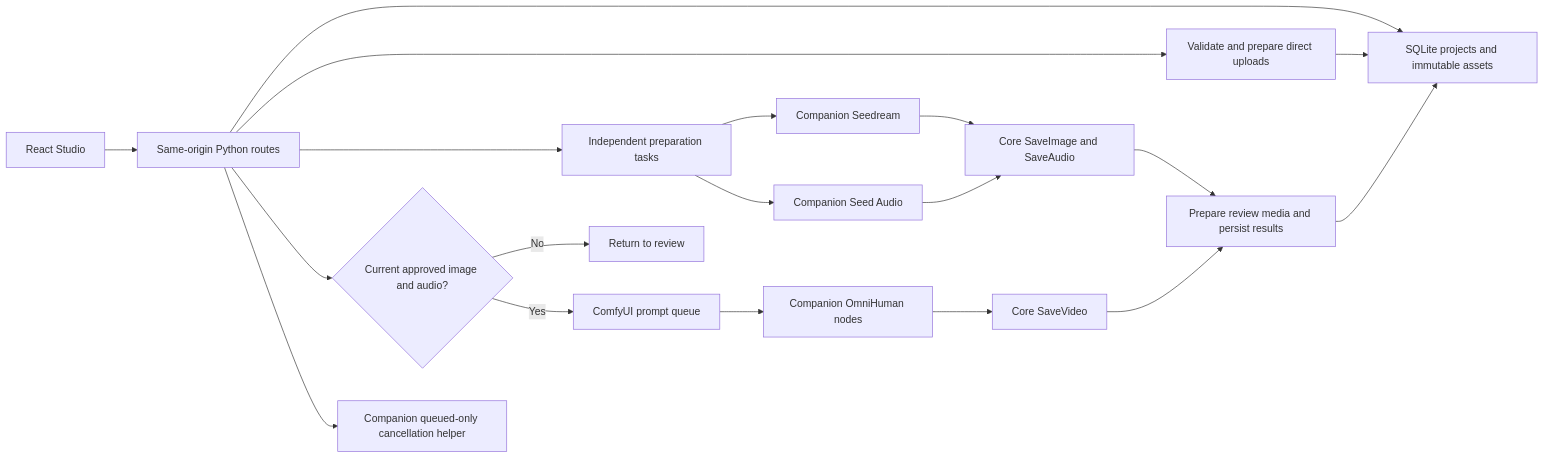
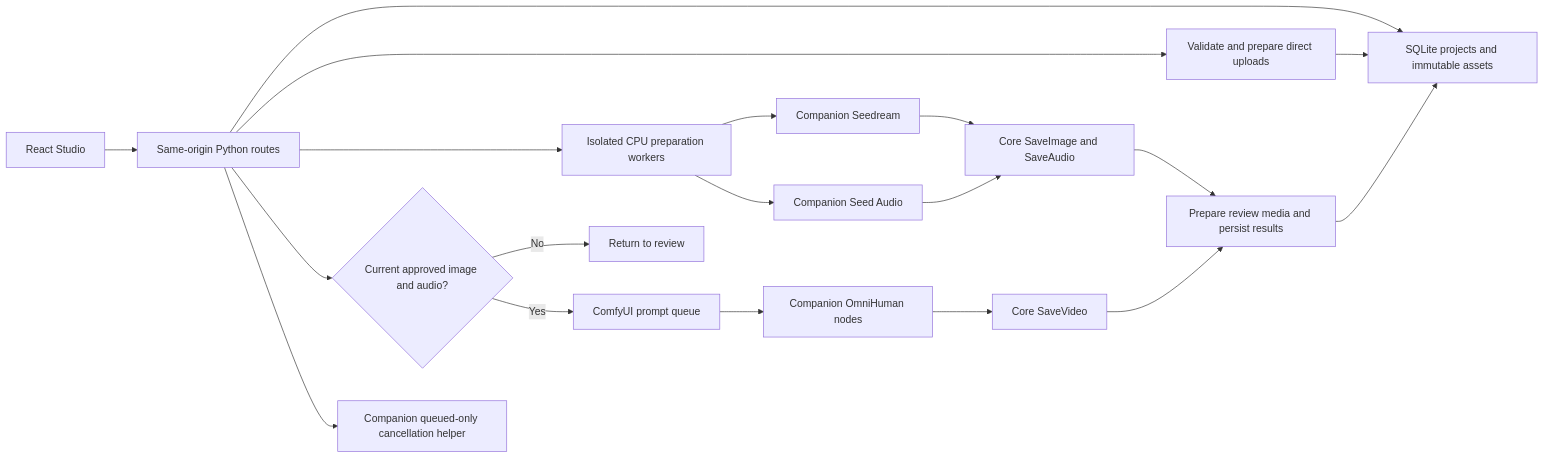
Before and after one commit to byteplus-sa/ComfyUI-BytePlus-Avatar-Studio: the diagram in README.md, drawn with Mermaid. The commit also changed other lines of this file and 23 other files, not shown here.

First line of the commit message:
Isolate preparation workers and resolve uncertain jobs safely

````diff
--- a/README.md
+++ b/README.md
@@ -288,21 +303,21 @@
 ```mermaid
 flowchart LR
     Browser["React Studio"] --> Routes["Same-origin Python routes"]
     Routes --> State["SQLite projects and immutable assets"]
     Routes --> Upload["Validate and prepare direct uploads"]
     Upload --> State
-    Routes --> Prepare["Independent preparation tasks"]
+    Routes --> Prepare["Isolated CPU preparation workers"]
     Prepare --> Portrait["Companion Seedream"]
     Prepare --> Narration["Companion Seed Audio"]
     Portrait --> Candidates["Core SaveImage and SaveAudio"]
     Narration --> Candidates
     Routes --> Approval{"Current approved image and audio?"}
     Approval -->|No| Review["Return to review"]
     Approval -->|Yes| Queue["ComfyUI prompt queue"]
     Queue --> Nodes["Companion OmniHuman nodes"]
     Nodes --> Save["Core SaveVideo"]
     Save --> Collect["Prepare review media and persist results"]
     Candidates --> Collect
     Collect --> State
     Routes --> Cancel["Companion queued-only cancellation helper"]
 ```
````
